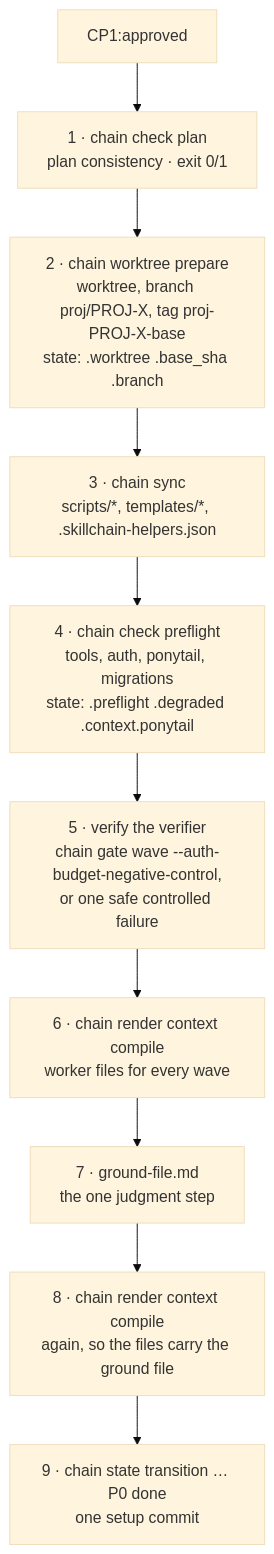
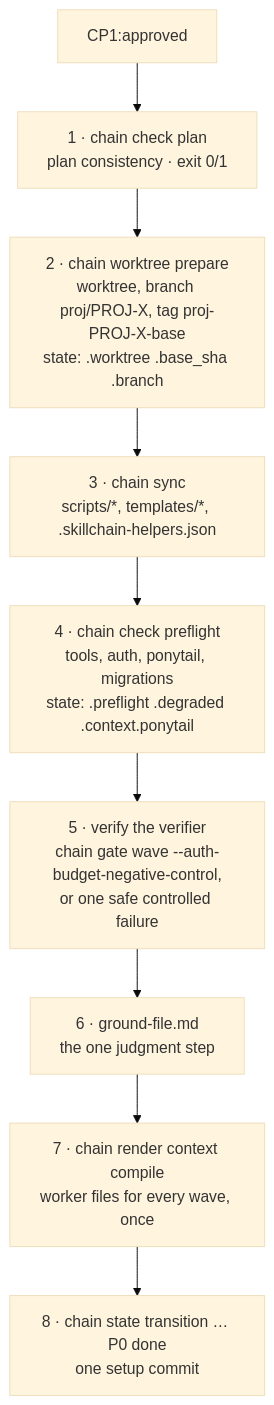
One commit to lycantropus/agentic-development-skill-chain changed the diagram in docs/how-it-works.md. Above: the diagram before and after it, drawn with Mermaid (base theme). The commit also changed other lines of this file and 25 other files, not shown here.

First line of the commit message:
refactor(chain): fold the plan parsers into plan.mjs; write the ground file before the one compile

````diff
--- a/docs/how-it-works.md
+++ b/docs/how-it-works.md
@@ -48,12 +48,11 @@
 ```mermaid
 flowchart TD
   CP1["CP1:approved"] --> A["1 · chain check plan<br/>plan consistency · exit 0/1"]
   A --> B["2 · chain worktree prepare<br/>worktree, branch proj/PROJ-X, tag proj-PROJ-X-base<br/>state: .worktree .base_sha .branch"]
   B --> C["3 · chain sync<br/>scripts/*, templates/*, .skillchain-helpers.json"]
   C --> D["4 · chain check preflight<br/>tools, auth, ponytail, migrations<br/>state: .preflight .degraded .context.ponytail"]
   D --> E["5 · verify the verifier<br/>chain gate wave --auth-budget-negative-control,<br/>or one safe controlled failure"]
-  E --> F["6 · chain render context compile<br/>worker files for every wave"]
-  F --> G["7 · ground-file.md<br/>the one judgment step"]
-  G --> H["8 · chain render context compile<br/>again, so the files carry the ground file"]
-  H --> I["9 · chain state transition … P0 done<br/>one setup commit"]
+  E --> F["6 · ground-file.md<br/>the one judgment step"]
+  F --> G["7 · chain render context compile<br/>worker files for every wave, once"]
+  G --> H["8 · chain state transition … P0 done<br/>one setup commit"]
 ```
````
